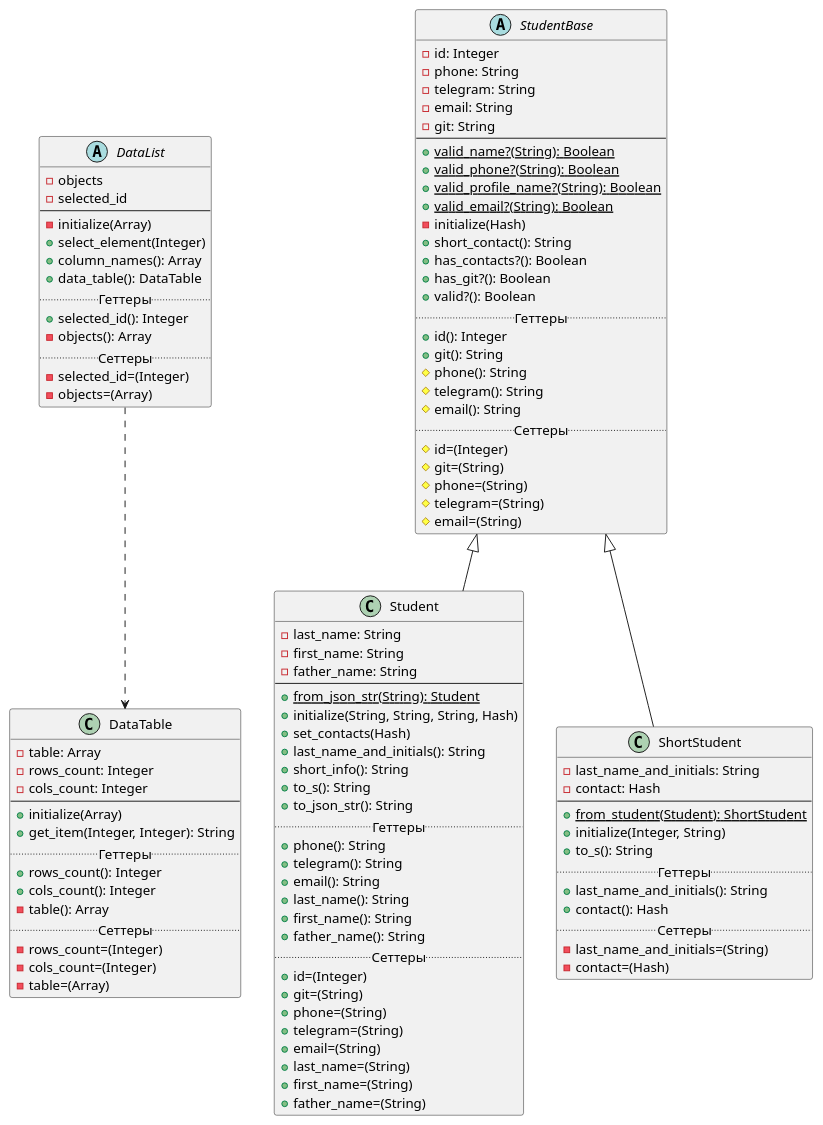
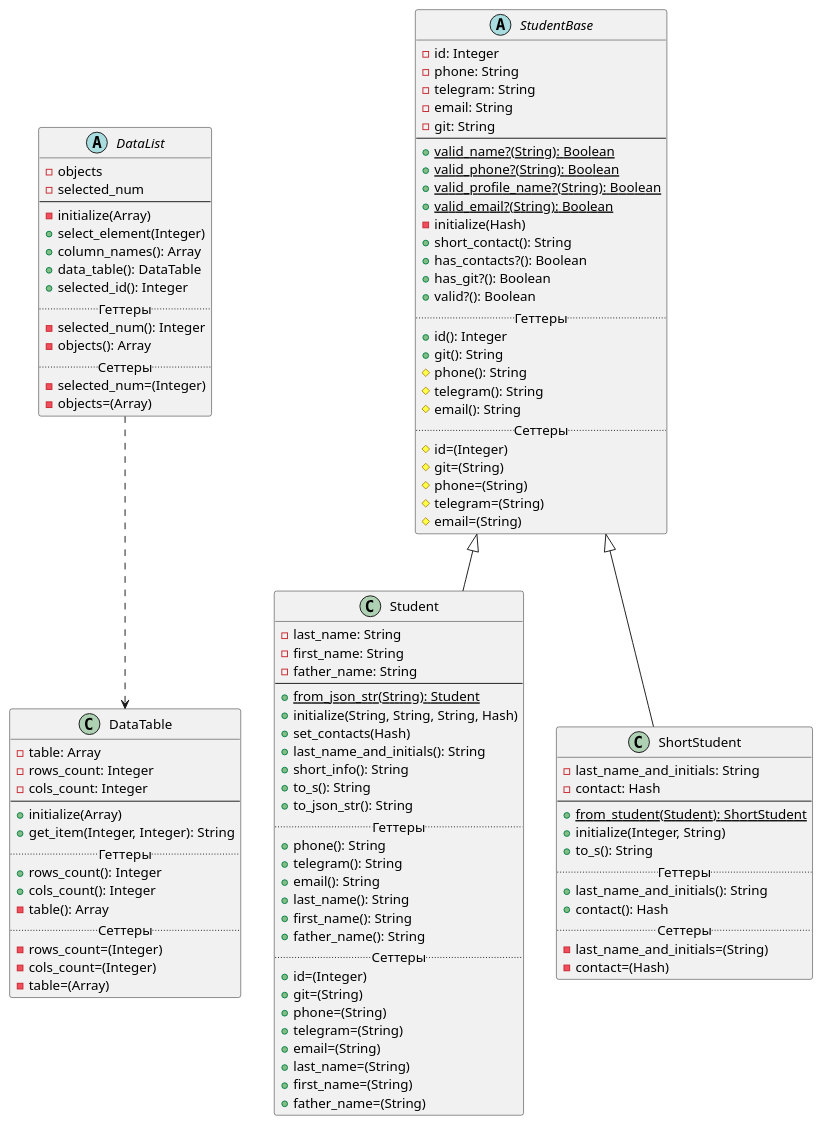
The diagram in Diagrams/lab2.puml (r1411/PatternsLabs), drawn with PlantUML before and after one commit. The commit also changed 2 other files, not shown here.

```diff
--- a/Diagrams/lab2.puml
+++ b/Diagrams/lab2.puml
@@ -1,114 +1,115 @@
 @startuml
 'https://plantuml.com/class-diagram
 
 DataList ..> DataTable
 
 abstract class StudentBase {
     -id: Integer
     -phone: String
     -telegram: String
     -email: String
     -git: String
     --
     +{static}valid_name?(String): Boolean
     +{static}valid_phone?(String): Boolean
     +{static}valid_profile_name?(String): Boolean
     +{static}valid_email?(String): Boolean
     -initialize(Hash)
     +short_contact(): String
     +has_contacts?(): Boolean
     +has_git?(): Boolean
     +valid?(): Boolean
     .. Геттеры ..
     +id(): Integer
     +git(): String
     #phone(): String
     #telegram(): String
     #email(): String
     .. Сеттеры ..
     #id=(Integer)
     #git=(String)
     #phone=(String)
     #telegram=(String)
     #email=(String)
 }
 
 class Student extends StudentBase {
     -last_name: String
     -first_name: String
     -father_name: String
     --
     +{static}from_json_str(String): Student
     +initialize(String, String, String, Hash)
     +set_contacts(Hash)
     +last_name_and_initials(): String
     +short_info(): String
     +to_s(): String
     +to_json_str(): String
     .. Геттеры ..
     +phone(): String
     +telegram(): String
     +email(): String
     +last_name(): String
     +first_name(): String
     +father_name(): String
     .. Сеттеры ..
     +id=(Integer)
     +git=(String)
     +phone=(String)
     +telegram=(String)
     +email=(String)
     +last_name=(String)
     +first_name=(String)
     +father_name=(String)
 }
 
 class ShortStudent extends StudentBase {
     -last_name_and_initials: String
     -contact: Hash
     --
     +{static}from_student(Student): ShortStudent
     +initialize(Integer, String)
     +to_s(): String
     .. Геттеры ..
     +last_name_and_initials(): String
     +contact(): Hash
     .. Сеттеры ..
     -last_name_and_initials=(String)
     -contact=(Hash)
 }
 
 class DataTable {
     -table: Array
     -rows_count: Integer
     -cols_count: Integer
     --
     +initialize(Array)
     +get_item(Integer, Integer): String
     .. Геттеры ..
     +rows_count(): Integer
     +cols_count(): Integer
     -table(): Array
     .. Сеттеры ..
     -rows_count=(Integer)
     -cols_count=(Integer)
     -table=(Array)
 }
 
 abstract class DataList {
     -objects
-    -selected_id
+    -selected_num
     --
     -initialize(Array)
     +select_element(Integer)
     +column_names(): Array
     +data_table(): DataTable
+    +selected_id(): Integer
     .. Геттеры ..
-    +selected_id(): Integer
+    -selected_num(): Integer
     -objects(): Array
     .. Сеттеры ..
-    -selected_id=(Integer)
+    -selected_num=(Integer)
     -objects=(Array)
 }
 
 @enduml
```
